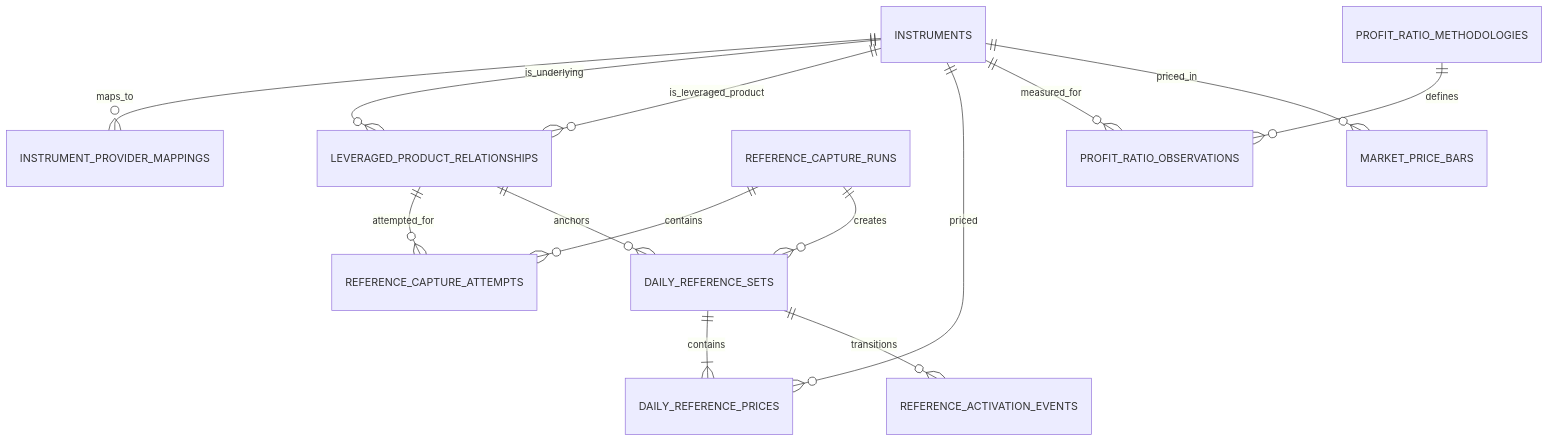
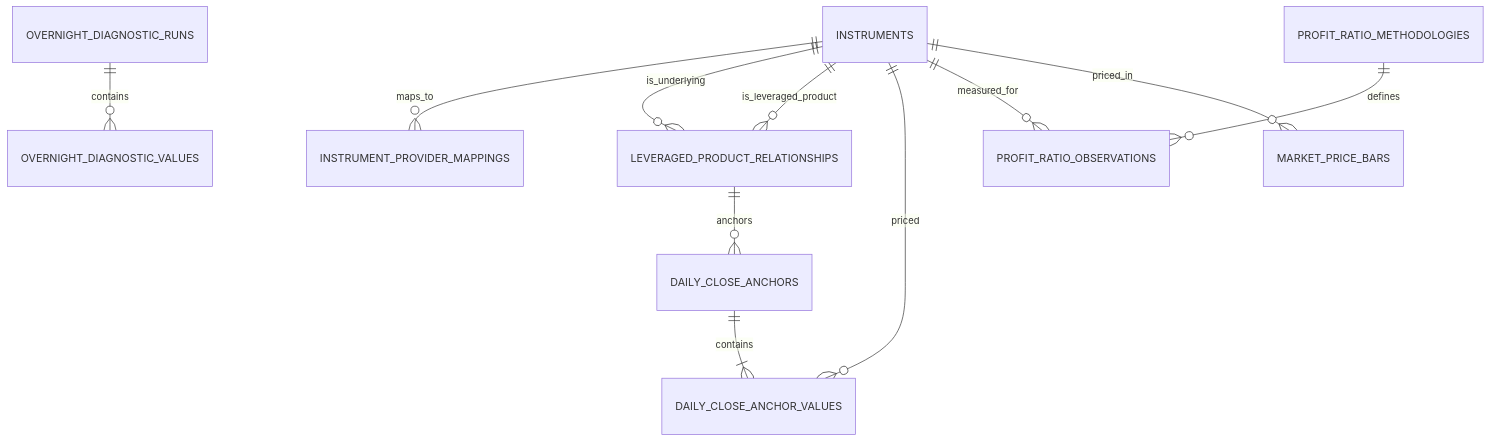
One commit to Blue4u0610/TraFriend changed the diagram in docs/DATA_MODEL.md. Above: the diagram before and after it, drawn with Mermaid. The commit also changed other lines of this file and 43 other files, not shown here.

Commit message:
feat: anchor leveraged calculator to daily closes

````diff
--- a/docs/DATA_MODEL.md
+++ b/docs/DATA_MODEL.md
@@ -34,16 +34,13 @@
 ```mermaid
 erDiagram
     INSTRUMENTS ||--o{ INSTRUMENT_PROVIDER_MAPPINGS : maps_to
     INSTRUMENTS ||--o{ LEVERAGED_PRODUCT_RELATIONSHIPS : is_underlying
     INSTRUMENTS ||--o{ LEVERAGED_PRODUCT_RELATIONSHIPS : is_leveraged_product
-    REFERENCE_CAPTURE_RUNS ||--o{ REFERENCE_CAPTURE_ATTEMPTS : contains
-    LEVERAGED_PRODUCT_RELATIONSHIPS ||--o{ REFERENCE_CAPTURE_ATTEMPTS : attempted_for
-    REFERENCE_CAPTURE_RUNS ||--o{ DAILY_REFERENCE_SETS : creates
-    LEVERAGED_PRODUCT_RELATIONSHIPS ||--o{ DAILY_REFERENCE_SETS : anchors
-    DAILY_REFERENCE_SETS ||--|{ DAILY_REFERENCE_PRICES : contains
-    INSTRUMENTS ||--o{ DAILY_REFERENCE_PRICES : priced
-    DAILY_REFERENCE_SETS ||--o{ REFERENCE_ACTIVATION_EVENTS : transitions
+    LEVERAGED_PRODUCT_RELATIONSHIPS ||--o{ DAILY_CLOSE_ANCHORS : anchors
+    DAILY_CLOSE_ANCHORS ||--|{ DAILY_CLOSE_ANCHOR_VALUES : contains
+    INSTRUMENTS ||--o{ DAILY_CLOSE_ANCHOR_VALUES : priced
+    OVERNIGHT_DIAGNOSTIC_RUNS ||--o{ OVERNIGHT_DIAGNOSTIC_VALUES : contains
     PROFIT_RATIO_METHODOLOGIES ||--o{ PROFIT_RATIO_OBSERVATIONS : defines
     INSTRUMENTS ||--o{ PROFIT_RATIO_OBSERVATIONS : measured_for
     INSTRUMENTS ||--o{ MARKET_PRICE_BARS : priced_in
 ```
````
